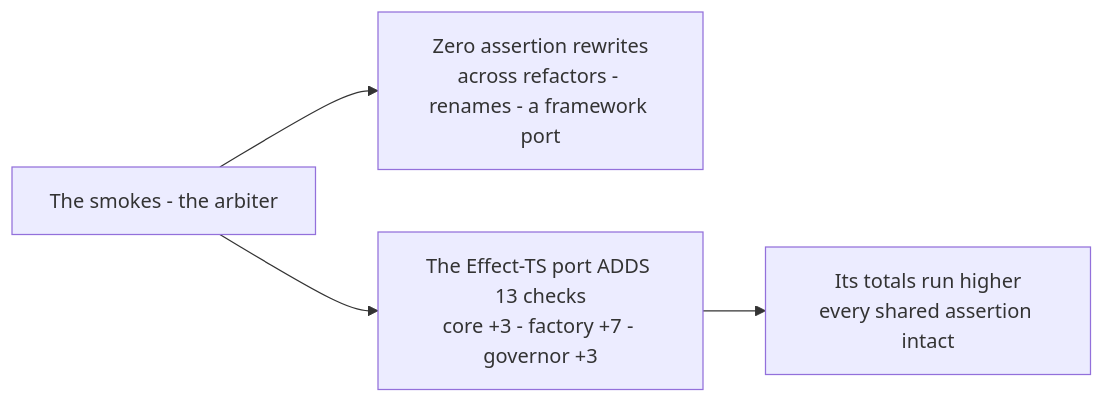
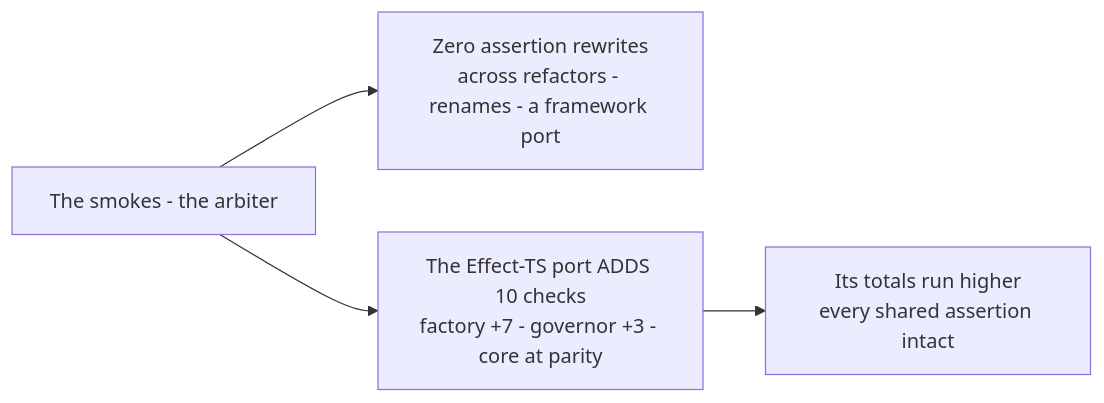
Before and after one commit to PlayForm/Site-DeepSeek: the diagram in Source/Content/Mermaid/case-arbiter.mmd, drawn with Mermaid. The commit also changed 52 other files, not shown here.

```diff
--- a/Source/Content/Mermaid/case-arbiter.mmd
+++ b/Source/Content/Mermaid/case-arbiter.mmd
@@ -1,4 +1,4 @@
 flowchart LR
 	SMOKES["The smokes - the arbiter"] --> ZERO["Zero assertion rewrites<br/>across refactors - renames - a framework port"]
-	SMOKES --> PORT["The Effect-TS port ADDS 13 checks<br/>core +3 - factory +7 - governor +3"]
+	SMOKES --> PORT["The Effect-TS port ADDS 10 checks<br/>factory +7 - governor +3 - core at parity"]
 	PORT --> HIGH["Its totals run higher<br/>every shared assertion intact"]
```
